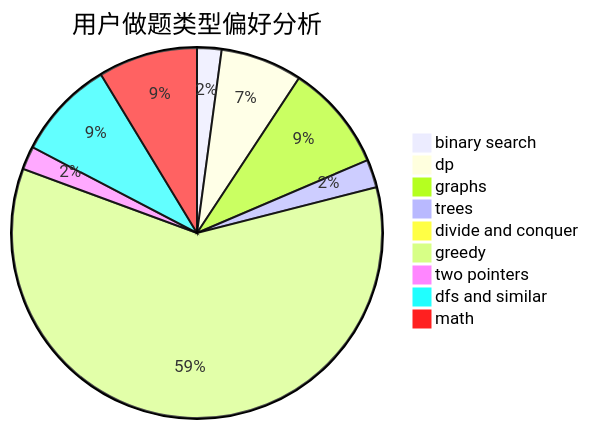
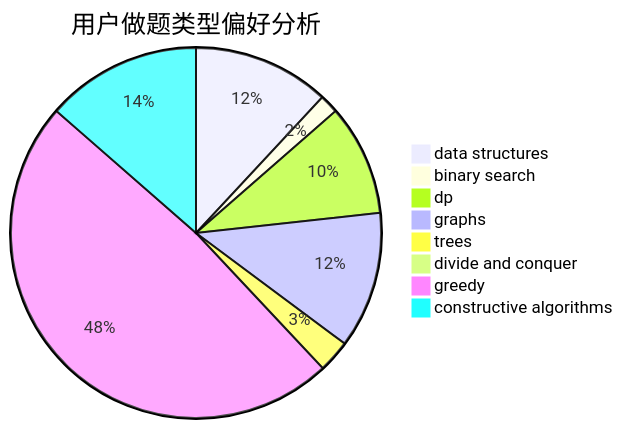
The second of 3 diagrams in docs/user/u1413.md (sherpahu/cfrs.github.io), drawn with Mermaid before and after one commit. The commit also changed other lines of this file and 2775 other files, not shown here.

````diff
--- a/docs/user/u1413.md
+++ b/docs/user/u1413.md
@@ -23,12 +23,11 @@
 ```mermaid
 pie title 用户做题类型偏好分析
-    "binary search" :  61
-    "dp" :  204
-    "graphs" :  266
-    "trees" :  70
+    "data structures" :  181
+    "binary search" :  25
+    "dp" :  147
+    "graphs" :  181
+    "trees" :  43
     "divide and conquer" :  5
-    "greedy" :  1704
-    "two pointers" :  58
-    "dfs and similar" :  248
-    "math" :  248
+    "greedy" :  735
+    "constructive algorithms" :  206
 ```
````
